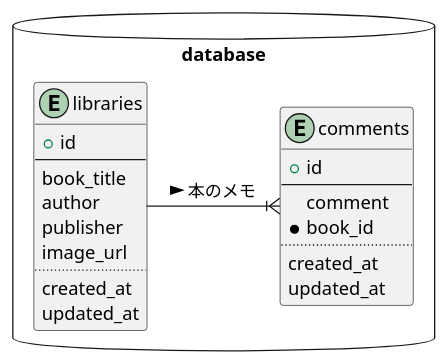
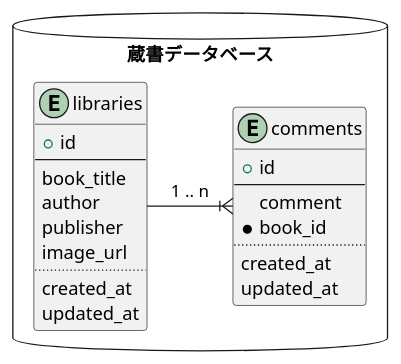
One commit to 40node/node006 changed the diagram in uml/er.pu. Above: the diagram before and after it, drawn with PlantUML. The commit also changed 1 other file, not shown here.

```diff
--- a/uml/er.pu
+++ b/uml/er.pu
@@ -1,25 +1,25 @@
 @startuml database
-package database <<Database>> {
+package 蔵書データベース <<Database>> {
   entity libraries {
     + id
     --
     book_title
     author
     publisher
     image_url
     ..
     created_at
     updated_at
   }
   entity comments {
     + id
     --
     comment
     * book_id
     ..
     created_at
     updated_at
   }
 }
-libraries -ri-|{ comments : 本のメモ >
+libraries -ri-|{ comments : 1 .. n
 @enduml
```
